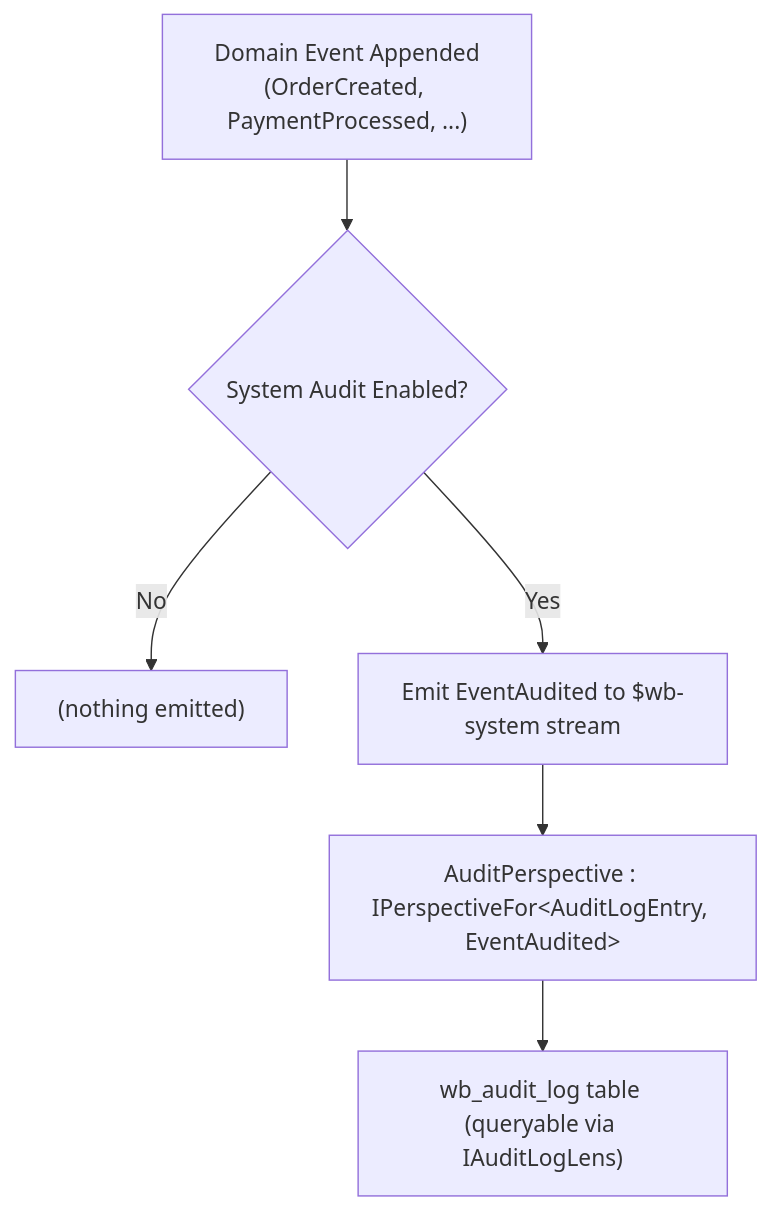
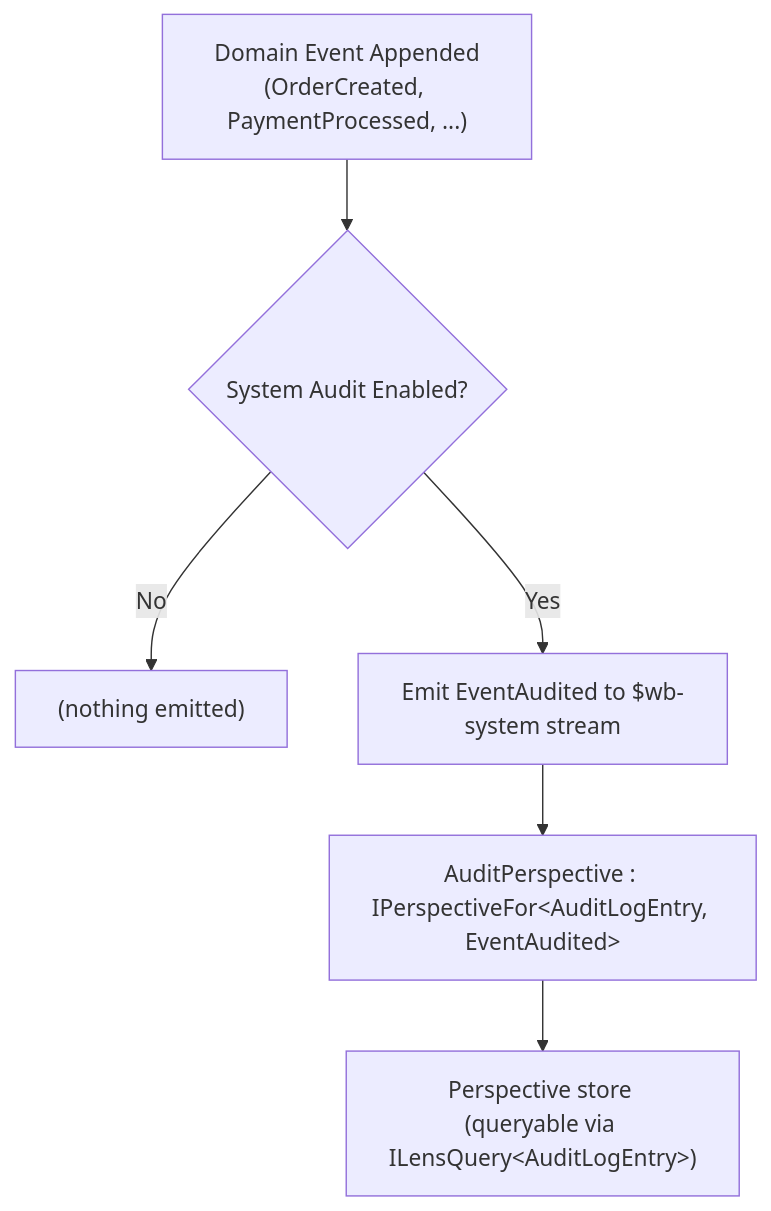
The diagram in src/assets/docs/v1.0.0/fundamentals/security/audit-logging.md (whizbang-lib/whizbang-lib.github.io), drawn with Mermaid before and after one commit. The commit also changed other lines of this file and 48 other files, not shown here.

````diff
--- a/src/assets/docs/v1.0.0/fundamentals/security/audit-logging.md
+++ b/src/assets/docs/v1.0.0/fundamentals/security/audit-logging.md
@@ -31,15 +46,15 @@
 ```mermaid
 flowchart TD
     Appended["Domain Event Appended<br/>(OrderCreated, PaymentProcessed, ...)"]
     Enabled{"System Audit Enabled?"}
     Nothing["(nothing emitted)"]
     Emit["Emit EventAudited to $wb-system stream"]
     Perspective["AuditPerspective : IPerspectiveFor&lt;AuditLogEntry, EventAudited&gt;"]
-    Table["wb_audit_log table (queryable via IAuditLogLens)"]
+    Table["Perspective store (queryable via ILensQuery&lt;AuditLogEntry&gt;)"]
 
     Appended --> Enabled
     Enabled -->|No| Nothing
     Enabled -->|Yes| Emit
     Emit --> Perspective
     Perspective --> Table
 ```
````
